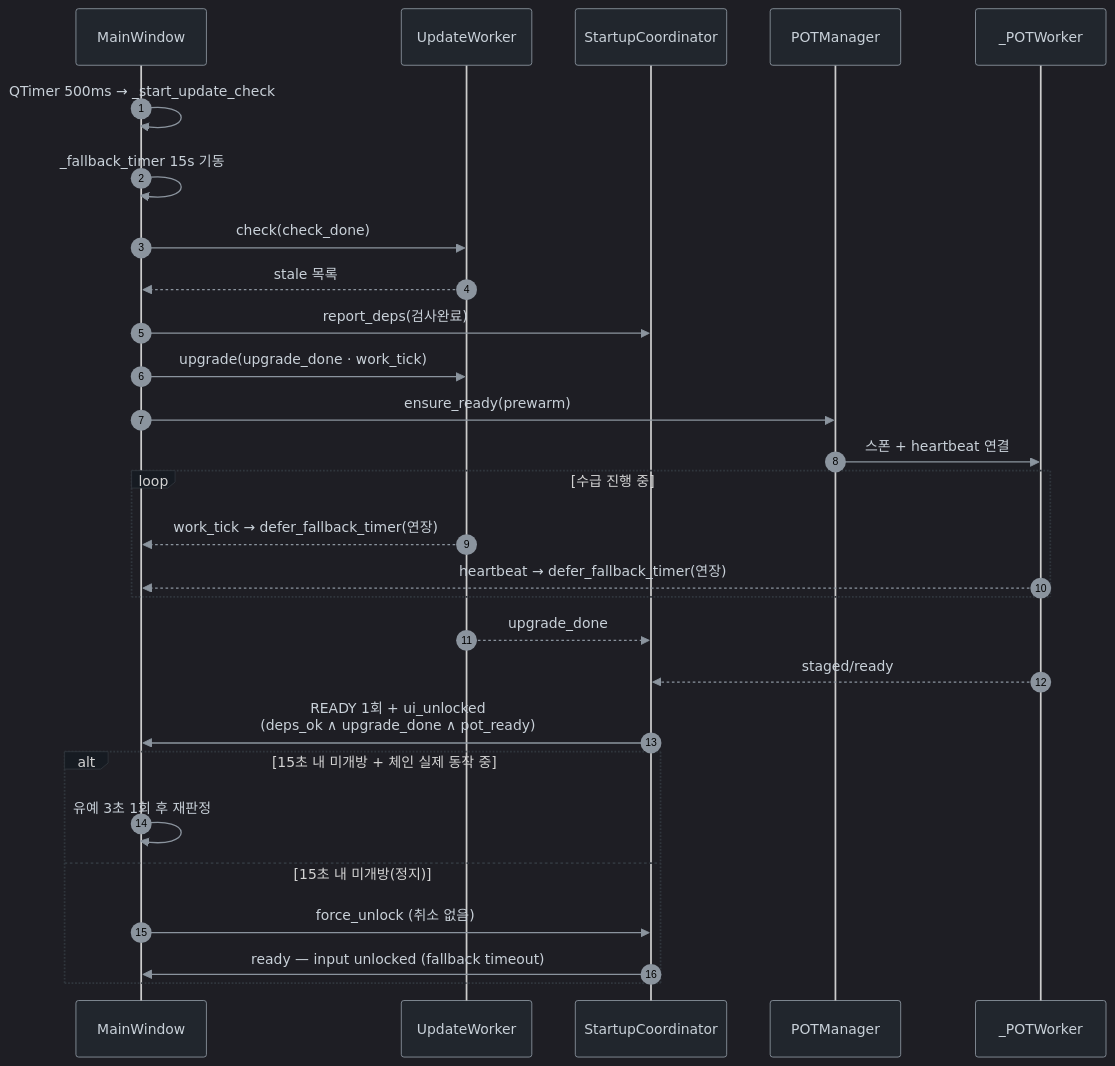
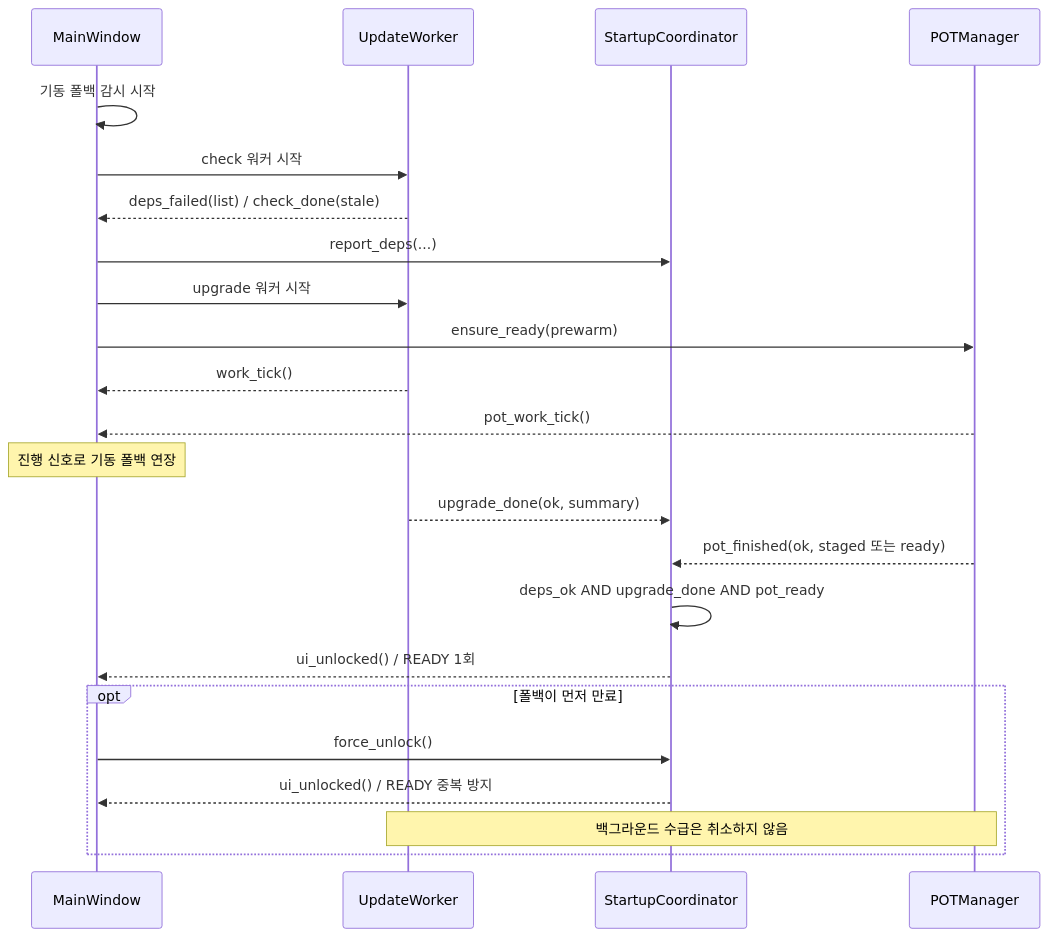
One commit to joyksan/ChzzkTube changed the second of 10 diagrams in docs/architecture.md. Above: the diagram before and after it, drawn with Mermaid. The commit also changed other lines of this file and 30 other files, not shown here.

````diff
--- a/docs/architecture.md
+++ b/docs/architecture.md
@@ -80,45 +66,25 @@
 ```mermaid
-%%{init: {
-  'theme': 'dark',
-  'themeVariables': {
-    'actorBkg': '#21262d',
-    'actorBorder': '#8b949e',
-    'actorTextColor': '#c9d1d9',
-    'signalColor': '#8b949e',
-    'signalTextColor': '#c9d1d9',
-    'labelBoxBkgColor': '#161b22',
-    'labelBoxBorderColor': '#30363d',
-    'labelTextSize': '13px',
-    'loopByBkgColor': '#0d1117'
-  }
-}}%%
 sequenceDiagram
-    autonumber
     participant M as MainWindow
-    participant UW as UpdateWorker
+    participant U as UpdateWorker
     participant C as StartupCoordinator
-    participant PM as POTManager
-    participant PW as _POTWorker
-
-    M->>M: QTimer 500ms → _start_update_check
-    M->>M: _fallback_timer 15s 기동
-    M->>UW: check(check_done)
-    UW-->>M: stale 목록
-    M->>C: report_deps(검사완료)
-    M->>UW: upgrade(upgrade_done · work_tick)
-    M->>PM: ensure_ready(prewarm)
-    PM->>PW: 스폰 + heartbeat 연결
-    loop 수급 진행 중
-        UW-->>M: work_tick → defer_fallback_timer(연장)
-        PW-->>M: heartbeat → defer_fallback_timer(연장)
-    end
-    UW-->>C: upgrade_done
-    PW-->>C: staged/ready
-    C->>M: READY 1회 + ui_unlocked<br/>(deps_ok ∧ upgrade_done ∧ pot_ready)
-    alt 15초 내 미개방 + 체인 실제 동작 중
-        M->>M: 유예 3초 1회 후 재판정
-    else 15초 내 미개방(정지)
-        M->>C: force_unlock (취소 없음)
-        C->>M: ready — input unlocked (fallback timeout)
+    participant P as POTManager
+    M->>M: 기동 폴백 감시 시작
+    M->>U: check 워커 시작
+    U-->>M: deps_failed(list) / check_done(stale)
+    M->>C: report_deps(...)
+    M->>U: upgrade 워커 시작
+    M->>P: ensure_ready(prewarm)
+    U-->>M: work_tick()
+    P-->>M: pot_work_tick()
+    Note over M: 진행 신호로 기동 폴백 연장
+    U-->>C: upgrade_done(ok, summary)
+    P-->>C: pot_finished(ok, staged 또는 ready)
+    C->>C: deps_ok AND upgrade_done AND pot_ready
+    C-->>M: ui_unlocked() / READY 1회
+    opt 폴백이 먼저 만료
+        M->>C: force_unlock()
+        C-->>M: ui_unlocked() / READY 중복 방지
+        Note over U,P: 백그라운드 수급은 취소하지 않음
     end
 ```
````
